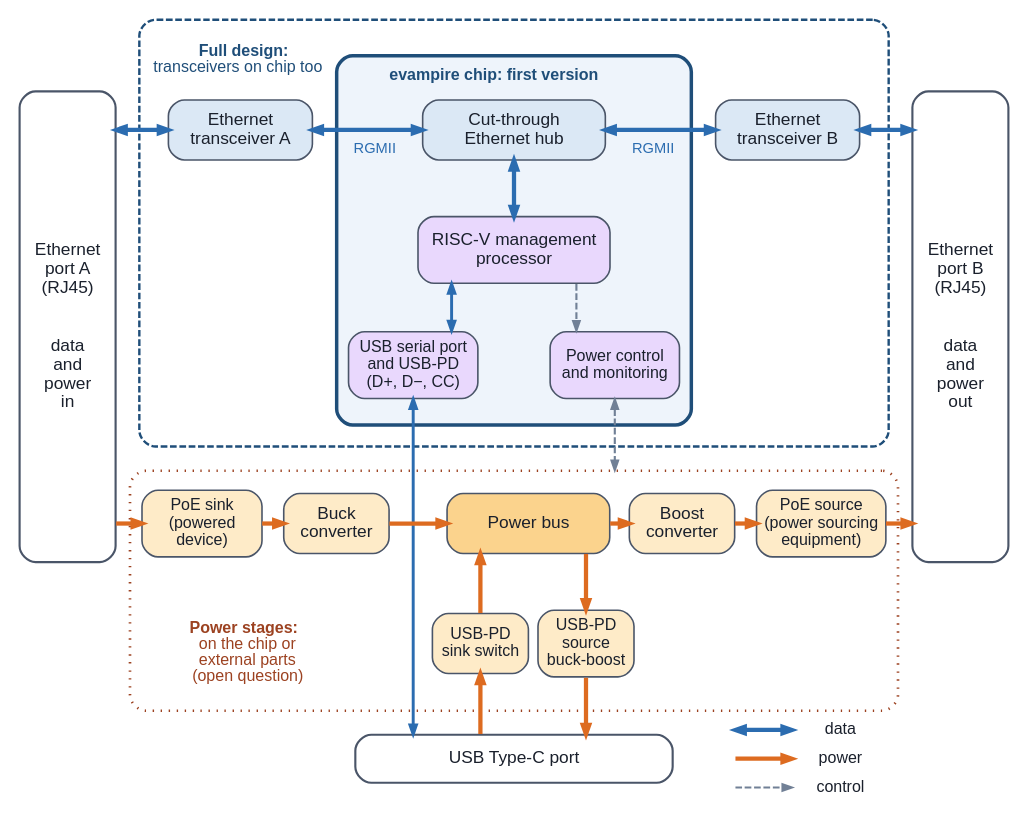
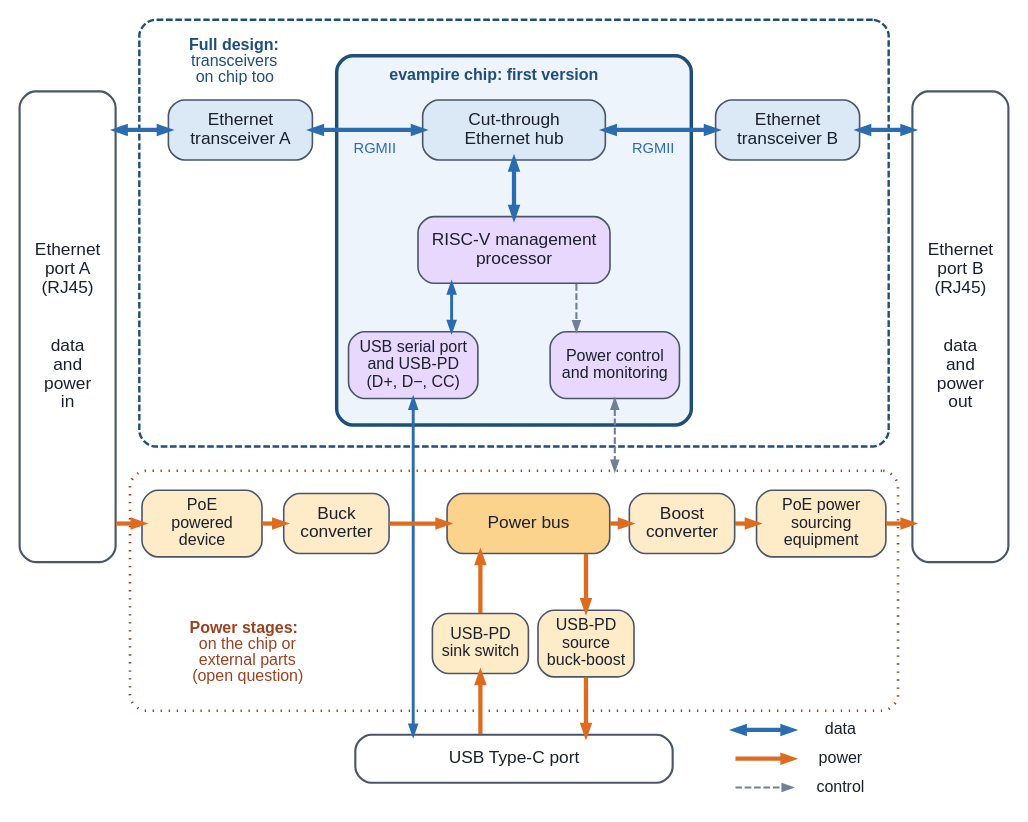
One commit to mithro/evampire changed the diagram in docs/index/overview.dot. Above: the diagram before and after it, drawn with Graphviz. The commit also changed 1 other file, not shown here.

Commit message:
Use the standard names for the Power over Ethernet blocks
Label the Power over Ethernet blocks with the IEEE 802.3 names,
powered device and power sourcing equipment, instead of sink and
source, which are the USB Power Delivery names. Wrap the full-design
label so it clears both chip outlines in the browser.

```diff
--- a/docs/index/overview.dot
+++ b/docs/index/overview.dot
@@ -1,160 +1,161 @@
 // evampire at a glance: the main blocks, how data and power flow between
 // them, and the edge of the chip in each board configuration.
 //
 // Thick blue lines: data. Thick orange lines: power. Dashed grey lines:
 // control. Data runs left to right along the top row, from Ethernet port A to
 // Ethernet port B. Power runs left to right along the bottom row, in at port A
 // and out at port B, with a branch down to and up from USB Type-C.
 //
 // Blocks are pinned on a grid (positions in inches). Edges that must leave a
 // block away from its centre run between invisible anchor points ("a_*")
 // pinned on the block outlines, so that every line is horizontal or vertical:
 //
 //   row y=7.0   data path: port A, transceiver A, hub, transceiver B, port B
 //   row y=5.75  RISC-V management processor
 //   row y=4.55  USB serial and USB-PD interface, power control
-//   row y=2.9   power path: PoE sink, buck, power bus, boost, PoE source
+//   row y=2.9   power path: PoE powered device, buck, power bus, boost,
+//               PoE power sourcing equipment
 //   row y=1.65  USB-PD sink switch, USB-PD source converter
 //   row y=0.45  USB Type-C port
 //
 // SPDX-License-Identifier: Apache-2.0
 
 digraph overview {
     graph [layout=neato, splines=false, overlap=true, outputorder=nodesfirst,
            fontname="Helvetica", bgcolor="#ffffff", pad=0.1];
     node  [shape=box, style="rounded,filled", fontname="Helvetica",
            fontsize=13, fixedsize=true, width=1.3, height=0.62,
            color="#4a5568", fontcolor="#1a202c", penwidth=1.2];
     edge  [arrowsize=0.7, penwidth=3.2];
 
     // Anchor points: invisible, so only the edges between them show.
     node [shape=point, style=invis, width=0.01, height=0.01, fixedsize=true];
     a_ad  [pos="1.1,7.0!"];    // port A, data side
     a_ap  [pos="1.1,2.9!"];    // port A, power side
     a_bd  [pos="9.4,7.0!"];    // port B, data side
     a_bp  [pos="9.4,2.9!"];    // port B, power side
     a_cu  [pos="4.6,5.4!"];    // processor, bottom, above the USB interface
     a_cp  [pos="5.9,5.4!"];    // processor, bottom, above power control
     a_iu  [pos="4.6,4.9!"];    // USB interface, top
     a_pc  [pos="5.9,4.9!"];    // power control, top
     a_id  [pos="4.2,4.2!"];    // USB interface, bottom
     a_pd  [pos="6.3,4.2!"];    // power control, bottom
     a_st  [pos="6.3,3.45!"];   // power stages outline, top
     a_cd  [pos="4.2,0.7!"];    // USB Type-C port, top, data
     a_bs  [pos="4.9,2.59!"];   // power bus, bottom, to the sink switch
     a_bo  [pos="6.0,2.59!"];   // power bus, bottom, to the source converter
     a_ss  [pos="4.9,1.34!"];   // sink switch, bottom
     a_st2 [pos="4.9,1.96!"];   // sink switch, top
     a_so  [pos="6.0,1.3!"];    // source converter, bottom
     a_so2 [pos="6.0,2.0!"];    // source converter, top
     a_cs  [pos="4.9,0.7!"];    // USB Type-C port, top, sink
     a_co  [pos="6.0,0.7!"];    // USB Type-C port, top, source
 
     node  [shape=box, style="rounded,filled", fontname="Helvetica",
            fontsize=13, fixedsize=true, width=1.3, height=0.62,
            color="#4a5568", fontcolor="#1a202c", penwidth=1.2];
 
     // ---- Stage outlines, drawn first so they sit behind the blocks. ----
     full   [label="", pos="5.25,5.925!", width=7.8, height=4.45,
             style="rounded,dashed", color="#1f4e79", penwidth=1.8];
     first  [label="", pos="5.25,5.85!", width=3.7, height=3.85,
             style="rounded,filled,bold", fillcolor="#eef4fb",
             color="#1f4e79", penwidth=2.6];
     stages [label="", pos="5.25,2.2!", width=8.0, height=2.5,
             style="rounded,dotted", color="#9c4221", penwidth=2.0];
 
     full_lbl   [shape=plaintext, style="", fixedsize=false, fontsize=12,
-                fontcolor="#1f4e79", pos="2.5,7.72!",
-                label=<<b>Full design:</b><br/>transceivers on chip too>];
+                fontcolor="#1f4e79", pos="2.4,7.7!",
+                label=<<b>Full design:</b><br/>transceivers<br/>on chip too>];
     first_lbl  [shape=plaintext, style="", fixedsize=false, fontsize=12,
                 fontcolor="#1f4e79", pos="5.25,7.55!",
                 label=<<b>evampire chip: first version</b>>];
     stages_lbl [shape=plaintext, style="", fixedsize=false, fontsize=12,
                 fontcolor="#9c4221", pos="2.55,1.55!",
                 label=<<b>Power stages:</b><br/>on the chip or<br/>external parts<br/>(open question)>];
     rgmii_a    [shape=plaintext, style="", fixedsize=false, fontsize=11,
                 fontcolor="#2b6cb0", pos="3.8,6.8!", label="RGMII"];
     rgmii_b    [shape=plaintext, style="", fixedsize=false, fontsize=11,
                 fontcolor="#2b6cb0", pos="6.7,6.8!", label="RGMII"];
 
     // ---- Connectors on the board, outside the chip. ----
     port_a [pos="0.6,4.95!", width=1.0, height=4.9, fillcolor="#ffffff",
             penwidth=1.6, label="Ethernet\nport A\n(RJ45)\n\n\ndata\nand\npower\nin"];
     port_b [pos="9.9,4.95!", width=1.0, height=4.9, fillcolor="#ffffff",
             penwidth=1.6, label="Ethernet\nport B\n(RJ45)\n\n\ndata\nand\npower\nout"];
     usbc   [pos="5.25,0.45!", width=3.3, height=0.5, fillcolor="#ffffff",
             penwidth=1.6, label="USB Type-C port"];
 
     // ---- Data path. ----
     phy_a [pos="2.4,7.0!", width=1.5, fillcolor="#dbe8f5",
            label="Ethernet\ntransceiver A"];
     hub   [pos="5.25,7.0!", width=1.9, fillcolor="#dbe8f5",
            label="Cut-through\nEthernet hub"];
     phy_b [pos="8.1,7.0!", width=1.5, fillcolor="#dbe8f5",
            label="Ethernet\ntransceiver B"];
 
     // ---- Processor and its interfaces. ----
     cpu   [pos="5.25,5.75!", width=2.0, height=0.7, fillcolor="#e9d8fd",
            label="RISC-V management\nprocessor"];
     usbif [pos="4.2,4.55!", width=1.35, height=0.7, fillcolor="#e9d8fd",
            fontsize=12, label="USB serial port\nand USB-PD\n(D+, D−, CC)"];
     pwrc  [pos="6.3,4.55!", width=1.35, height=0.7, fillcolor="#e9d8fd",
            fontsize=12, label="Power control\nand monitoring"];
 
     // ---- Power path. ----
     poe_sink [pos="2.0,2.9!", width=1.25, height=0.7, fillcolor="#feebc8",
-              fontsize=12, label="PoE sink\n(powered\ndevice)"];
+              fontsize=12, label="PoE\npowered\ndevice"];
     buck     [pos="3.4,2.9!", width=1.1, fillcolor="#feebc8",
               label="Buck\nconverter"];
     bus      [pos="5.4,2.9!", width=1.7, fillcolor="#fbd38d",
               style="rounded,filled,bold", label="Power bus"];
     boost    [pos="7.0,2.9!", width=1.1, fillcolor="#feebc8",
               label="Boost\nconverter"];
     poe_src  [pos="8.45,2.9!", width=1.35, height=0.7, fillcolor="#feebc8",
-              fontsize=12, label="PoE source\n(power sourcing\nequipment)"];
+              fontsize=12, label="PoE power\nsourcing\nequipment"];
     usb_sink [pos="4.9,1.65!", width=1.0, fillcolor="#feebc8",
               fontsize=12, label="USB-PD\nsink switch"];
     usb_src  [pos="6.0,1.65!", width=1.0, height=0.7, fillcolor="#feebc8",
               fontsize=12, label="USB-PD\nsource\nbuck-boost"];
 
     // ---- Data: straight along the top row, down to the processor, and
     // down again to USB. ----
     a_ad  -> phy_a [dir=both, color="#2b6cb0"];
     phy_a -> hub   [dir=both, color="#2b6cb0"];
     hub   -> phy_b [dir=both, color="#2b6cb0"];
     phy_b -> a_bd  [dir=both, color="#2b6cb0"];
     hub   -> cpu   [dir=both, color="#2b6cb0"];
     a_cu  -> a_iu  [dir=both, color="#2b6cb0", penwidth=2.2];
     a_id  -> a_cd  [dir=both, color="#2b6cb0", penwidth=2.2];
 
     // ---- Power: straight along the bottom row, in at A and out at B, with
     // the USB branch below the bus. ----
     a_ap     -> poe_sink [color="#dd6b20"];
     poe_sink -> buck     [color="#dd6b20"];
     buck     -> bus      [color="#dd6b20"];
     bus      -> boost    [color="#dd6b20"];
     boost    -> poe_src  [color="#dd6b20"];
     poe_src  -> a_bp     [color="#dd6b20"];
     a_cs     -> a_ss     [color="#dd6b20"];
     a_st2    -> a_bs     [color="#dd6b20"];
     a_bo     -> a_so2    [color="#dd6b20"];
     a_so     -> a_co     [color="#dd6b20"];
 
     // ---- Legend, to the right of the USB Type-C port. ----
     node [shape=point, style=invis, width=0.01, height=0.01, fixedsize=true];
     l_d1 [pos="7.55,0.75!"]; l_d2 [pos="8.15,0.75!"];
     l_p1 [pos="7.55,0.45!"]; l_p2 [pos="8.15,0.45!"];
     l_c1 [pos="7.55,0.15!"]; l_c2 [pos="8.15,0.15!"];
     node [shape=plaintext, style="", fixedsize=false, fontsize=12,
           fontcolor="#1a202c"];
     l_dt [pos="8.65,0.75!", label="data"];
     l_pt [pos="8.65,0.45!", label="power"];
     l_ct [pos="8.65,0.15!", label="control"];
     l_d1 -> l_d2 [color="#2b6cb0", dir=both];
     l_p1 -> l_p2 [color="#dd6b20"];
     l_c1 -> l_c2 [style=dashed, color="#718096", penwidth=1.6];
 
     // ---- Control. ----
     a_cp -> a_pc [style=dashed, color="#718096", penwidth=1.6];
     a_pd -> a_st [style=dashed, color="#718096", penwidth=1.6, dir=both];
 }
```
